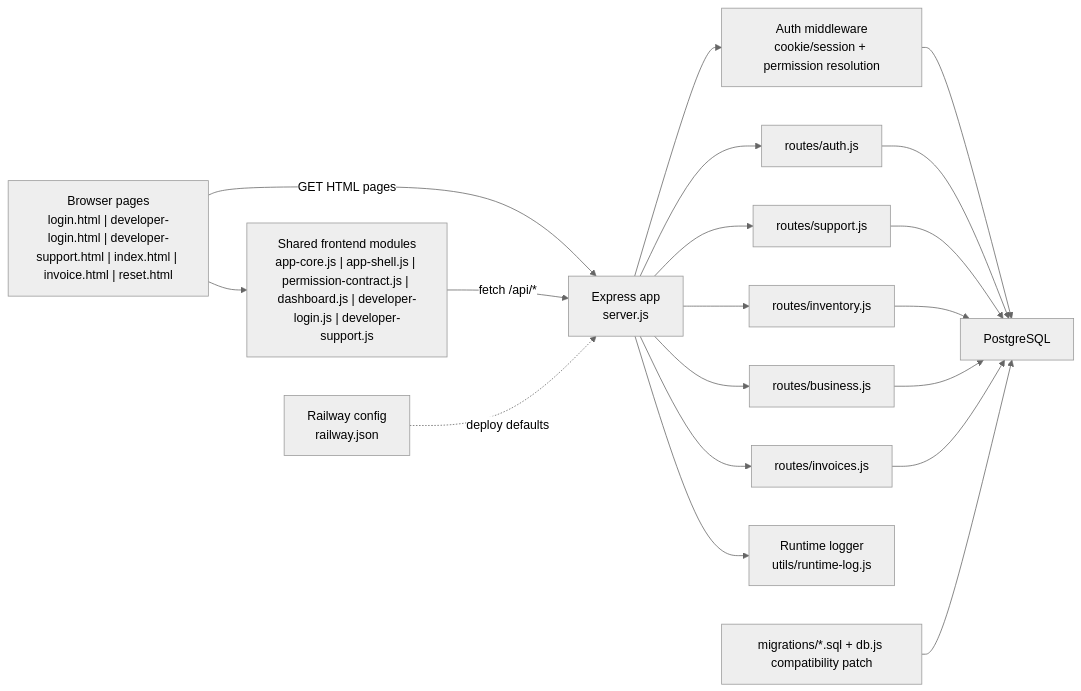
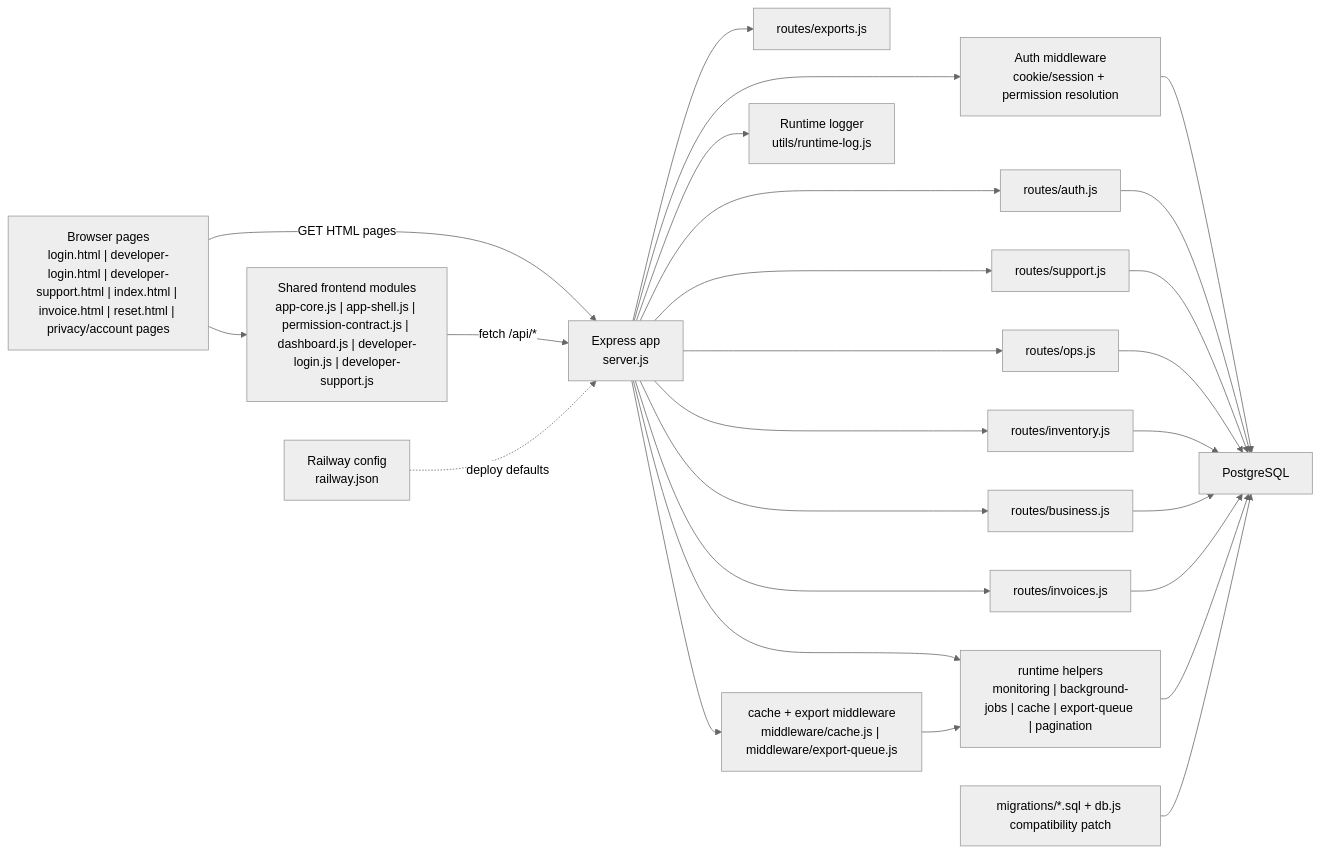
One commit to dasdipayan03/India-Inventory-Management changed the first of 3 diagrams in docs/COMPLETE_PROJECT_DOCUMENTATION.md. Above: the diagram before and after it, drawn with Mermaid (neutral theme). The commit also changed other lines of this file and 3 other files, not shown here.

````diff
--- a/docs/COMPLETE_PROJECT_DOCUMENTATION.md
+++ b/docs/COMPLETE_PROJECT_DOCUMENTATION.md
@@ -168,35 +192,46 @@
 ```mermaid
 flowchart LR
-  Browser["Browser pages<br/>login.html | developer-login.html | developer-support.html | index.html | invoice.html | reset.html"]
+  Browser["Browser pages<br/>login.html | developer-login.html | developer-support.html | index.html | invoice.html | reset.html | privacy/account pages"]
   SharedJS["Shared frontend modules<br/>app-core.js | app-shell.js | permission-contract.js | dashboard.js | developer-login.js | developer-support.js"]
   Server["Express app<br/>server.js"]
   AuthMW["Auth middleware<br/>cookie/session + permission resolution"]
   AuthRoutes["routes/auth.js"]
   SupportRoutes["routes/support.js"]
+  ExportRoutes["routes/exports.js"]
+  OpsRoutes["routes/ops.js"]
   InventoryRoutes["routes/inventory.js"]
   BusinessRoutes["routes/business.js"]
   InvoiceRoutes["routes/invoices.js"]
+  CacheMW["cache + export middleware<br/>middleware/cache.js | middleware/export-queue.js"]
+  OpsRuntime["runtime helpers<br/>monitoring | background-jobs | cache | export-queue | pagination"]
   RuntimeLog["Runtime logger<br/>utils/runtime-log.js"]
   DeployCfg["Railway config<br/>railway.json"]
   DB["PostgreSQL"]
   Schema["migrations/*.sql + db.js compatibility patch"]
 
   Browser --> SharedJS
   Browser -->|"GET HTML pages"| Server
   SharedJS -->|"fetch /api/*"| Server
   DeployCfg -. deploy defaults .-> Server
   Server --> AuthMW
+  Server --> CacheMW
   Server --> AuthRoutes
   Server --> SupportRoutes
+  Server --> ExportRoutes
+  Server --> OpsRoutes
   Server --> InventoryRoutes
   Server --> BusinessRoutes
   Server --> InvoiceRoutes
+  Server --> OpsRuntime
   Server --> RuntimeLog
   AuthMW --> DB
   AuthRoutes --> DB
   SupportRoutes --> DB
+  OpsRoutes --> DB
   InventoryRoutes --> DB
   BusinessRoutes --> DB
   InvoiceRoutes --> DB
+  CacheMW --> OpsRuntime
+  OpsRuntime --> DB
   Schema --> DB
 ```
````
